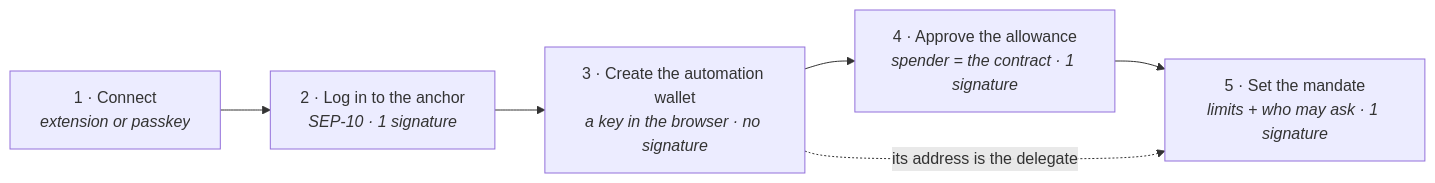
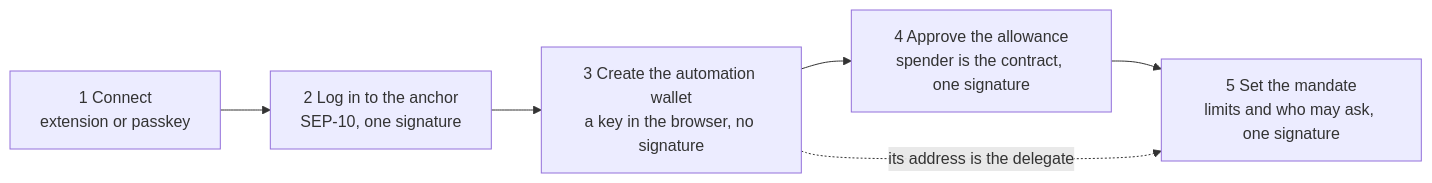
One commit to murat48/Conduit changed the first of 2 diagrams in README.md. Above: the diagram before and after it, drawn with Mermaid. The commit also changed other lines of this file, not shown here.

Commit message:
docs: simplify the mermaid so GitHub renders it
The diagrams sat on "Loading" — GitHub's renderer never finished them, which
leaves the architecture section blank for anyone reading the repository, and
architecture is one of the things the submission asks for by name.

Taken out of the node labels: <i> tags, colons, equals signs, the arrow and the
less-than-or-equal glyph, and the apostrophe. What is left is text, commas and
<br/>, which is the syntax least likely to trip a parser. The diagrams say the
same thing.

````diff
--- a/README.md
+++ b/README.md
@@ -111,8 +111,8 @@
 ```mermaid
 flowchart LR
-    A["1 · Connect<br/><i>extension or passkey</i>"] --> B["2 · Log in to the anchor<br/><i>SEP-10 · 1 signature</i>"]
-    B --> C["3 · Create the automation wallet<br/><i>a key in the browser · no signature</i>"]
-    C --> D["4 · Approve the allowance<br/><i>spender = the contract · 1 signature</i>"]
-    D --> E["5 · Set the mandate<br/><i>limits + who may ask · 1 signature</i>"]
-    C -.->|"its address is the delegate"| E
+    A["1 Connect<br/>extension or passkey"] --> B["2 Log in to the anchor<br/>SEP-10, one signature"]
+    B --> C["3 Create the automation wallet<br/>a key in the browser, no signature"]
+    C --> D["4 Approve the allowance<br/>spender is the contract, one signature"]
+    D --> E["5 Set the mandate<br/>limits and who may ask, one signature"]
+    C -.->|its address is the delegate| E
 ```
````
